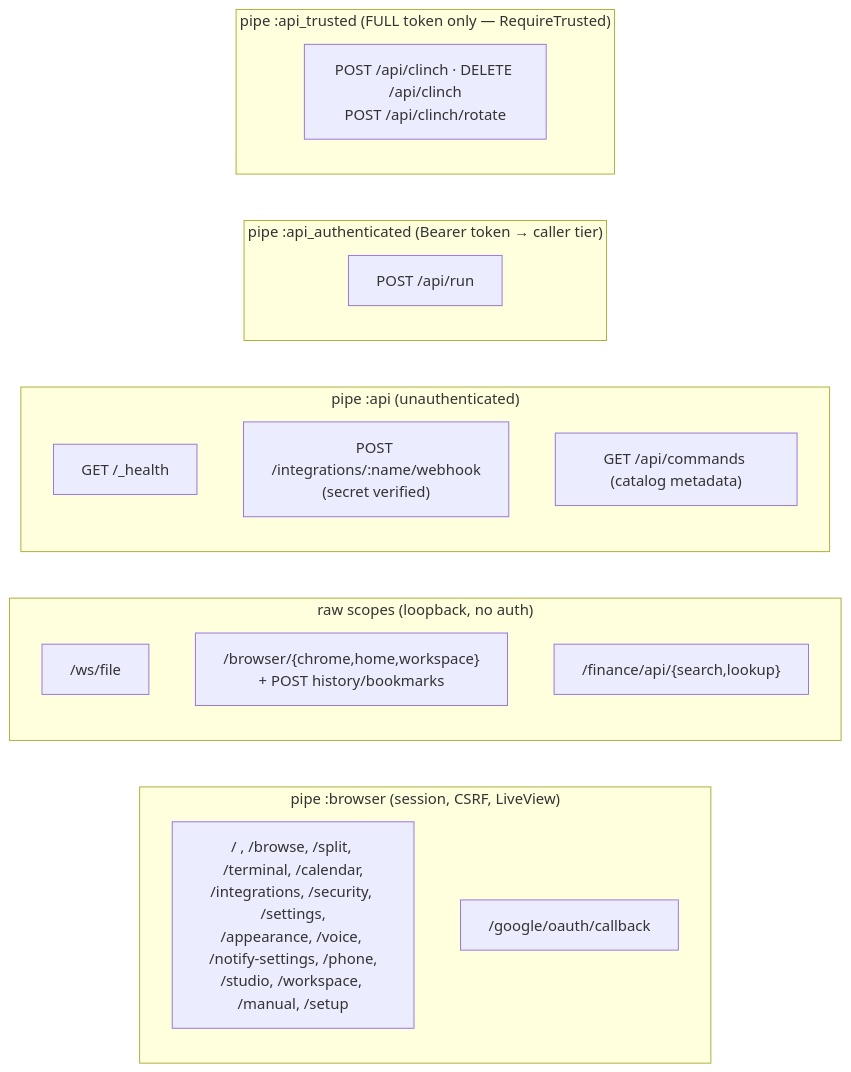
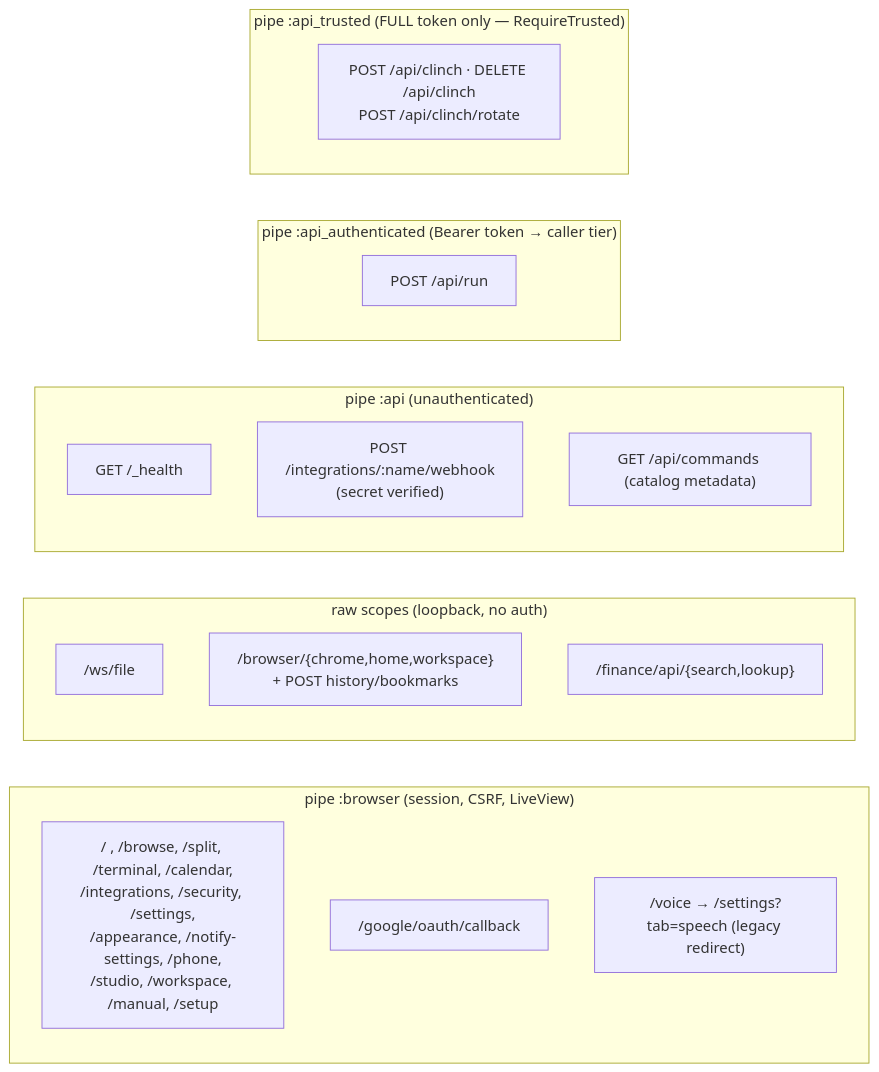
The eighth of 8 diagrams in docs/UML.md (hightowerbuilds/buster-claw), drawn with Mermaid before and after one commit. The commit also changed 206 other files, not shown here.

````diff
--- a/docs/UML.md
+++ b/docs/UML.md
@@ -348,23 +348,24 @@
 ```mermaid
 flowchart LR
     subgraph browser["pipe :browser (session, CSRF, LiveView)"]
-        R1["/ , /browse, /split, /terminal, /calendar,<br/>/integrations, /security, /settings,<br/>/appearance, /voice, /notify-settings, /phone,<br/>/studio, /workspace, /manual, /setup"]
+        R1["/ , /browse, /split, /terminal, /calendar,<br/>/integrations, /security, /settings,<br/>/appearance, /notify-settings, /phone,<br/>/studio, /workspace, /manual, /setup"]
         R2["/google/oauth/callback"]
+        R3["/voice → /settings?tab=speech (legacy redirect)"]
     end
     subgraph raw["raw scopes (loopback, no auth)"]
         W1["/ws/file"]
         W2["/browser/{chrome,home,workspace}<br/>+ POST history/bookmarks"]
         W3["/finance/api/{search,lookup}"]
     end
     subgraph api["pipe :api (unauthenticated)"]
         H1["GET /_health"]
         H2["POST /integrations/:name/webhook<br/>(secret verified)"]
         H4["GET /api/commands (catalog metadata)"]
     end
     subgraph auth["pipe :api_authenticated (Bearer token → caller tier)"]
         A1["POST /api/run"]
     end
     subgraph trusted["pipe :api_trusted (FULL token only — RequireTrusted)"]
         C1["POST /api/clinch · DELETE /api/clinch<br/>POST /api/clinch/rotate"]
     end
 ```
````
